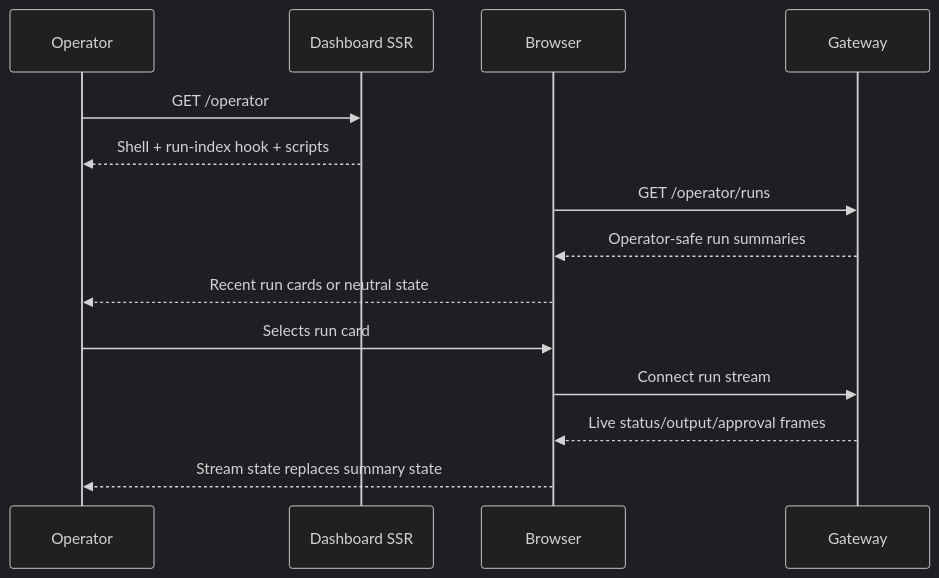
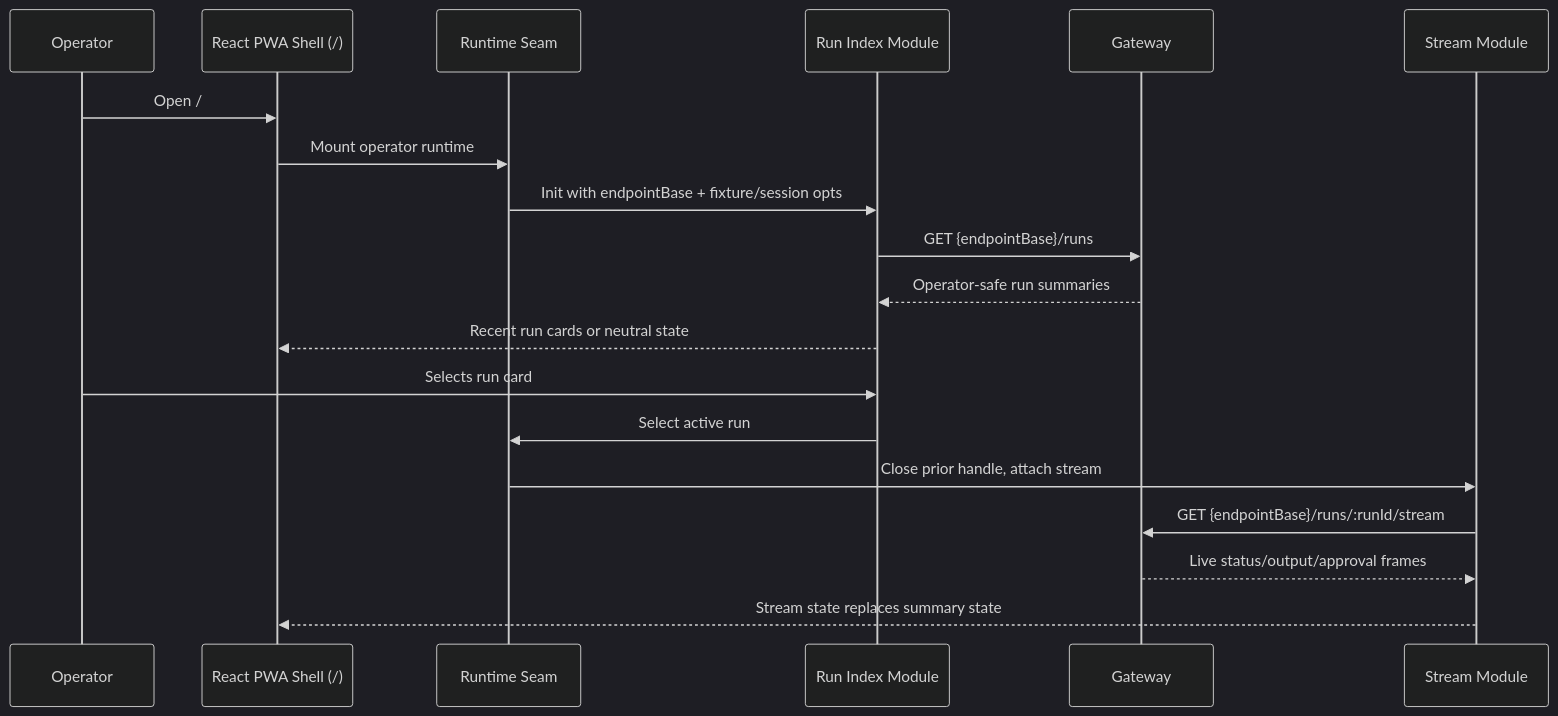
One commit to fro-bot/dashboard changed the diagram in docs/plans/2026-06-26-001-feat-operator-run-index-demock-plan.md. Above: the diagram before and after it, drawn with Mermaid (dark theme). The commit also changed other lines of this file and 26 other files, not shown here.

First line of the commit message:
feat(operator): show recent runs in the PWA (#137)

````diff
--- a/docs/plans/2026-06-26-001-feat-operator-run-index-demock-plan.md
+++ b/docs/plans/2026-06-26-001-feat-operator-run-index-demock-plan.md
@@ -117,17 +117,22 @@
 ```mermaid
 sequenceDiagram
   participant Operator
-  participant DashboardSSR as Dashboard SSR
-  participant Browser
+  participant ReactShell as React PWA Shell (/)
+  participant Runtime as Runtime Seam
+  participant Index as Run Index Module
   participant Gateway
+  participant Stream as Stream Module
 
-  Operator->>DashboardSSR: GET /operator
-  DashboardSSR-->>Operator: Shell + run-index hook + scripts
-  Browser->>Gateway: GET /operator/runs
-  Gateway-->>Browser: Operator-safe run summaries
-  Browser-->>Operator: Recent run cards or neutral state
-  Operator->>Browser: Selects run card
-  Browser->>Gateway: Connect run stream
-  Gateway-->>Browser: Live status/output/approval frames
-  Browser-->>Operator: Stream state replaces summary state
+  Operator->>ReactShell: Open /
+  ReactShell->>Runtime: Mount operator runtime
+  Runtime->>Index: Init with endpointBase + fixture/session opts
+  Index->>Gateway: GET {endpointBase}/runs
+  Gateway-->>Index: Operator-safe run summaries
+  Index-->>ReactShell: Recent run cards or neutral state
+  Operator->>Index: Selects run card
+  Index->>Runtime: Select active run
+  Runtime->>Stream: Close prior handle, attach stream
+  Stream->>Gateway: GET {endpointBase}/runs/:runId/stream
+  Gateway-->>Stream: Live status/output/approval frames
+  Stream-->>ReactShell: Stream state replaces summary state
 ```
````
